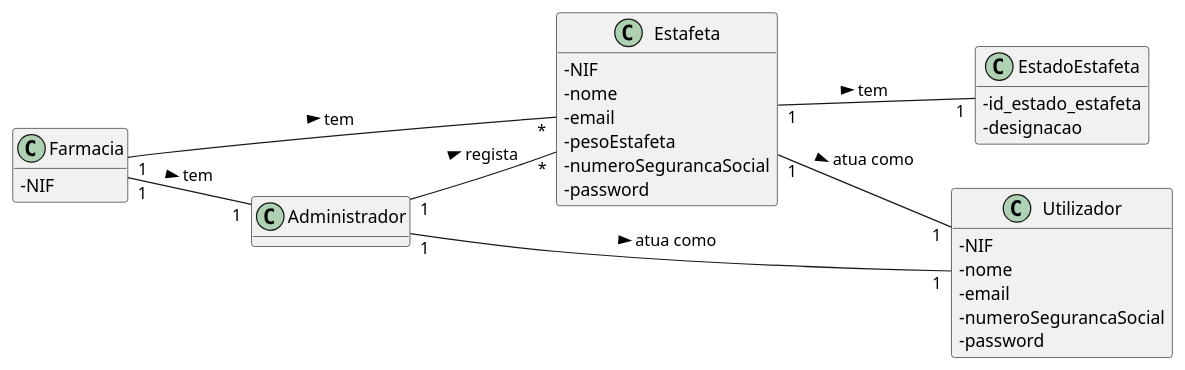
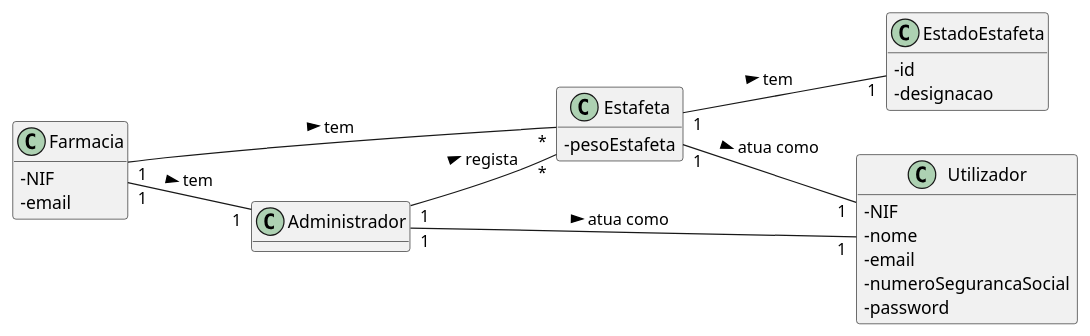
Before and after one commit to pedrolemos4/LAPR3: the diagram in docs/UC17/UC17_AtualizarEstafetaMD.puml, drawn with PlantUML. The commit also changed 11 other files, not shown here.

```diff
--- a/docs/UC17/UC17_AtualizarEstafetaMD.puml
+++ b/docs/UC17/UC17_AtualizarEstafetaMD.puml
@@ -1,39 +1,35 @@
 @startuml
 skinparam classAttributeIconSize 0
 hide methods
 left to right direction
 
 class Farmacia {
   -NIF
+  -email
 }
 
 class Estafeta {
-  -NIF
-  -nome
-  -email
   -pesoEstafeta
-  -numeroSegurancaSocial
-  -password
 }
 
 class EstadoEstafeta {
-  -id_estado_estafeta
+  -id
   -designacao
 }
 
 class Utilizador {
   -NIF
   -nome
   -email
   -numeroSegurancaSocial
   -password
 }
 
 Estafeta "1" -- "1" EstadoEstafeta: tem >
 Estafeta "1" -- "1" Utilizador: atua como >
 Administrador "1" -- "1" Utilizador: atua como >
 Administrador "1" -- "*" Estafeta: regista >
 Farmacia "1" -- "*" Estafeta: tem >
 Farmacia "1" -- "1" Administrador: tem >
 
 @enduml
```
